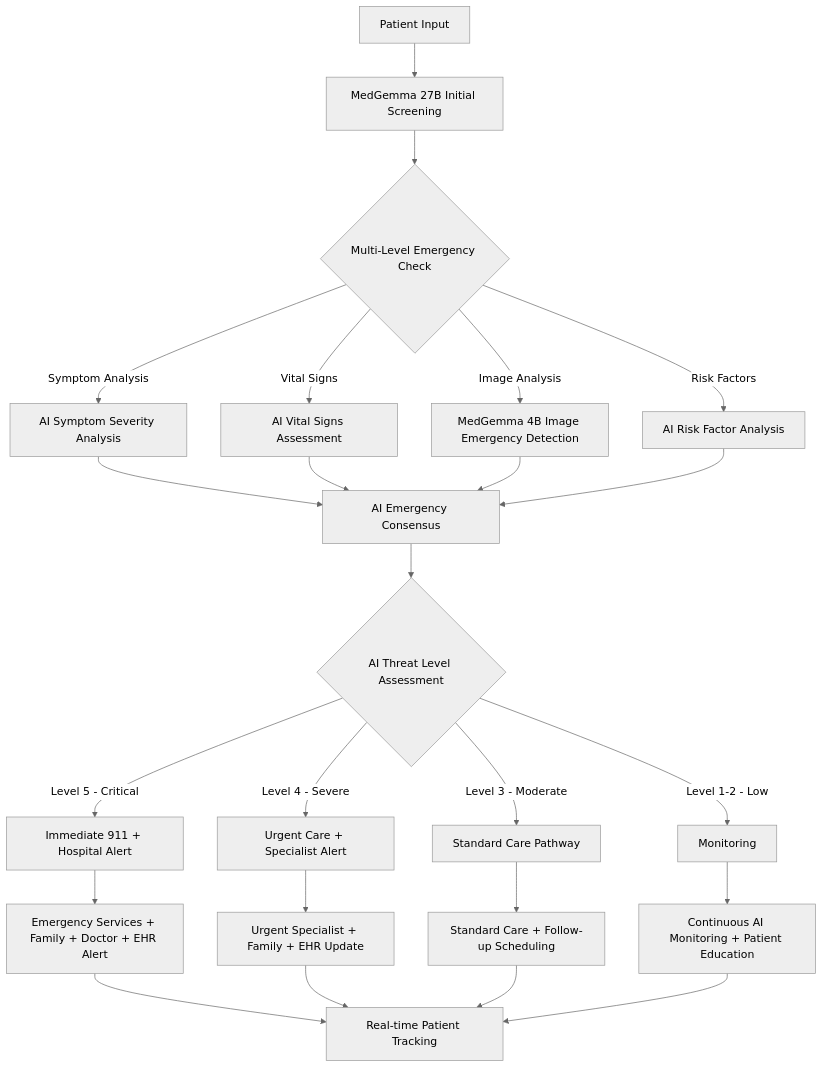
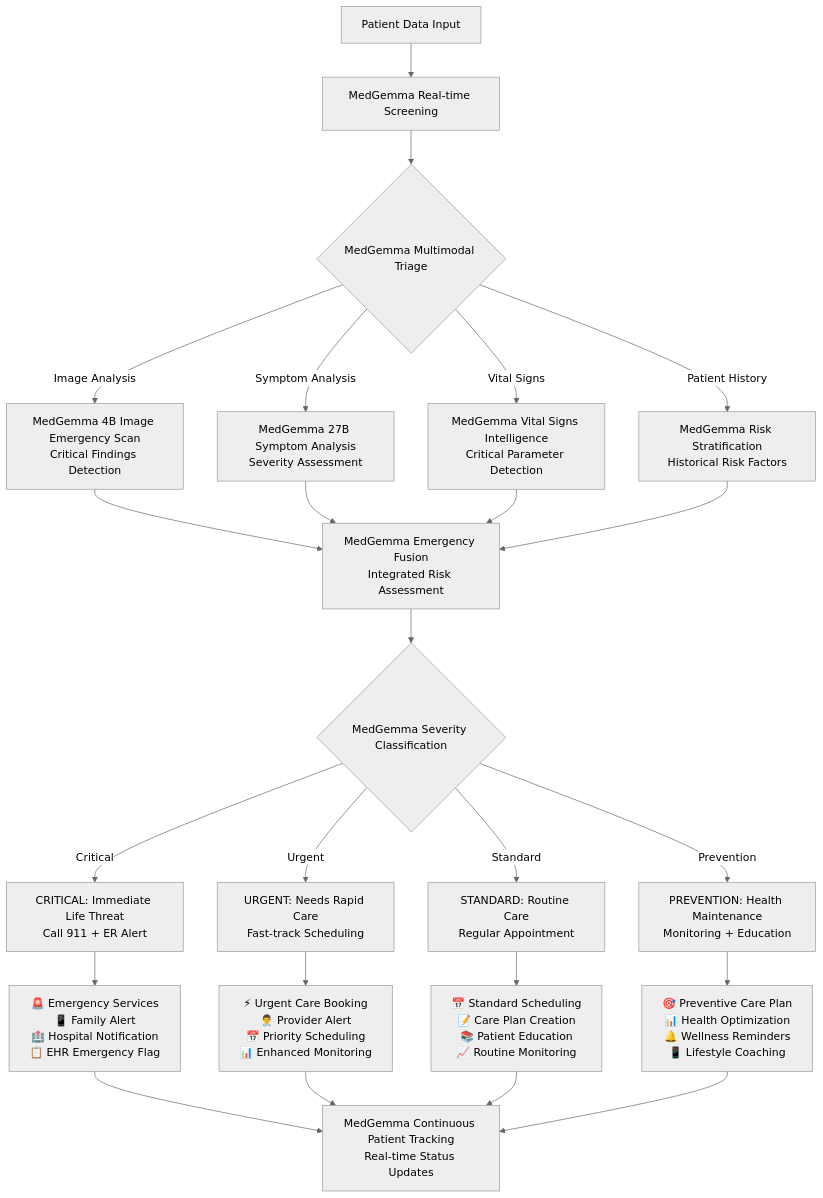
The fourth of 7 diagrams in System diagrams/system_diagrams.md (Assem-ElQersh/MedFlow-AI-Medical-Assistance-System), drawn with Mermaid (neutral theme) before and after one commit. The commit also changed other lines of this file, not shown here.

````diff
--- a/System diagrams/system_diagrams.md
+++ b/System diagrams/system_diagrams.md
@@ -189,31 +196,33 @@
 ```mermaid
 flowchart TD
-    Start[Patient Input] --> AIScreening[MedGemma 27B Initial Screening]
-    AIScreening --> MultiCheck{Multi-Level Emergency Check}
+    PatientInput[Patient Data Input] --> MedGemmaScreen[MedGemma Real-time Screening]
     
-    MultiCheck -->|Symptom Analysis| SymptomAI[AI Symptom Severity Analysis]
-    MultiCheck -->|Vital Signs| VitalAI[AI Vital Signs Assessment]
-    MultiCheck -->|Image Analysis| ImageAI[MedGemma 4B Image Emergency Detection]
-    MultiCheck -->|Risk Factors| RiskAI[AI Risk Factor Analysis]
+    MedGemmaScreen --> MultiModalTriage{MedGemma Multimodal Triage}
     
-    SymptomAI --> EmergencyFusion[AI Emergency Consensus]
-    VitalAI --> EmergencyFusion
-    ImageAI --> EmergencyFusion
-    RiskAI --> EmergencyFusion
+    MultiModalTriage -->|Image Analysis| ImageTriage[MedGemma 4B Image Emergency Scan<br/>Critical Findings Detection]
+    MultiModalTriage -->|Symptom Analysis| SymptomTriage[MedGemma 27B Symptom Analysis<br/>Severity Assessment]
+    MultiModalTriage -->|Vital Signs| VitalTriage[MedGemma Vital Signs Intelligence<br/>Critical Parameter Detection]
+    MultiModalTriage -->|Patient History| RiskTriage[MedGemma Risk Stratification<br/>Historical Risk Factors]
     
-    EmergencyFusion --> ThreatLevel{AI Threat Level Assessment}
-    ThreatLevel -->|Level 5 - Critical| CriticalResponse[Immediate 911 + Hospital Alert]
-    ThreatLevel -->|Level 4 - Severe| UrgentResponse[Urgent Care + Specialist Alert]
-    ThreatLevel -->|Level 3 - Moderate| StandardResponse[Standard Care Pathway]
-    ThreatLevel -->|Level 1-2 - Low| MonitoringResponse[Monitoring]
+    ImageTriage --> MedGemmaFusion[MedGemma Emergency Fusion<br/>Integrated Risk Assessment]
+    SymptomTriage --> MedGemmaFusion
+    VitalTriage --> MedGemmaFusion
+    RiskTriage --> MedGemmaFusion
     
-    CriticalResponse --> EmergencyActions[Emergency Services + Family + Doctor + EHR Alert]
-    UrgentResponse --> UrgentActions[Urgent Specialist + Family + EHR Update]
-    StandardResponse --> StandardActions[Standard Care + Follow-up Scheduling]
-    MonitoringResponse --> MonitoringActions[Continuous AI Monitoring + Patient Education]
+    MedGemmaFusion --> SeverityClassification{MedGemma Severity Classification}
     
-    EmergencyActions --> ContinuousTracking[Real-time Patient Tracking]
+    SeverityClassification -->|Critical| CriticalPath[CRITICAL: Immediate Life Threat<br/>Call 911 + ER Alert]
+    SeverityClassification -->|Urgent| UrgentPath[URGENT: Needs Rapid Care<br/>Fast-track Scheduling]
+    SeverityClassification -->|Standard| StandardPath[STANDARD: Routine Care<br/>Regular Appointment]
+    SeverityClassification -->|Prevention| PreventionPath[PREVENTION: Health Maintenance<br/>Monitoring + Education]
+    
+    CriticalPath --> CriticalActions[🚨 Emergency Services<br/>📱 Family Alert<br/>🏥 Hospital Notification<br/>📋 EHR Emergency Flag]
+    UrgentPath --> UrgentActions[⚡ Urgent Care Booking<br/>👨‍⚕️ Provider Alert<br/>📅 Priority Scheduling<br/>📊 Enhanced Monitoring]
+    StandardPath --> StandardActions[📅 Standard Scheduling<br/>📝 Care Plan Creation<br/>📚 Patient Education<br/>📈 Routine Monitoring]
+    PreventionPath --> PreventionActions[🎯 Preventive Care Plan<br/>📊 Health Optimization<br/>🔔 Wellness Reminders<br/>📱 Lifestyle Coaching]
+    
+    CriticalActions --> ContinuousTracking[MedGemma Continuous Patient Tracking<br/>Real-time Status Updates]
     UrgentActions --> ContinuousTracking
     StandardActions --> ContinuousTracking
-    MonitoringActions --> ContinuousTracking
+    PreventionActions --> ContinuousTracking
 ```
````
